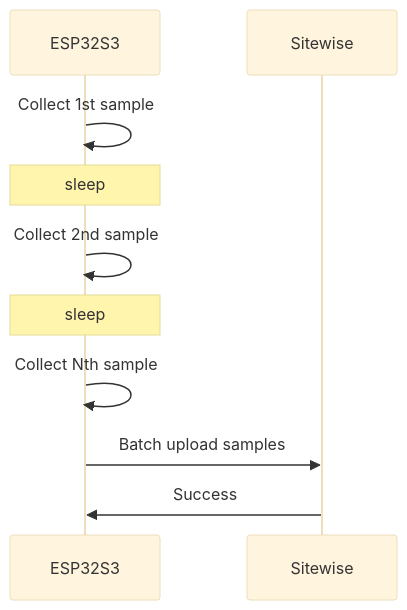
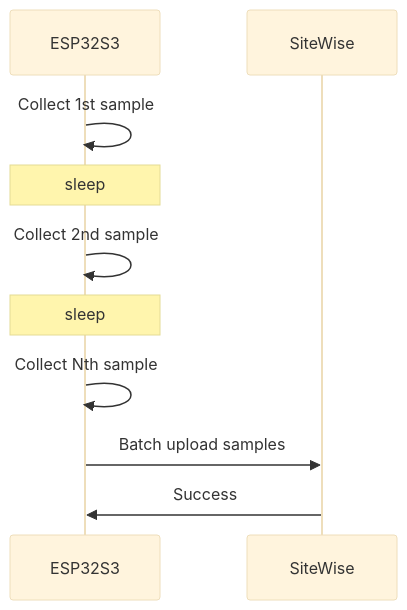
Before and after one commit to williamlai/sitewise-uploader: the diagram in README.md, drawn with Mermaid (base theme). The commit also changed other lines of this file and 1 other file, not shown here.

````diff
--- a/README.md
+++ b/README.md
@@ -12,13 +12,13 @@
 ```mermaid
 sequenceDiagram
     participant ESP32S3
-    participant Sitewise
+    participant SiteWise
 
     ESP32S3->>ESP32S3: Collect 1st sample
     Note over ESP32S3: sleep
     ESP32S3->>ESP32S3: Collect 2nd sample
     Note over ESP32S3: sleep
     ESP32S3->>ESP32S3: Collect Nth sample
-    ESP32S3->>Sitewise: Batch upload samples
-    Sitewise->>ESP32S3: Success
+    ESP32S3->>SiteWise: Batch upload samples
+    SiteWise->>ESP32S3: Success
 ```
````
